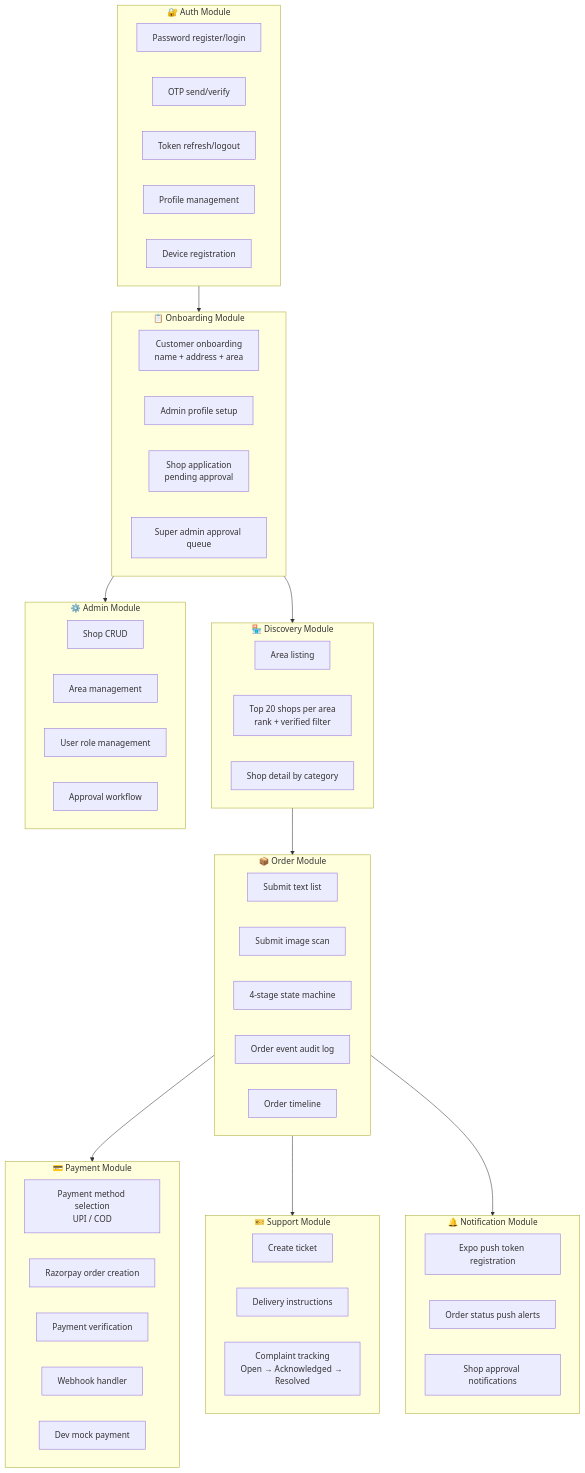
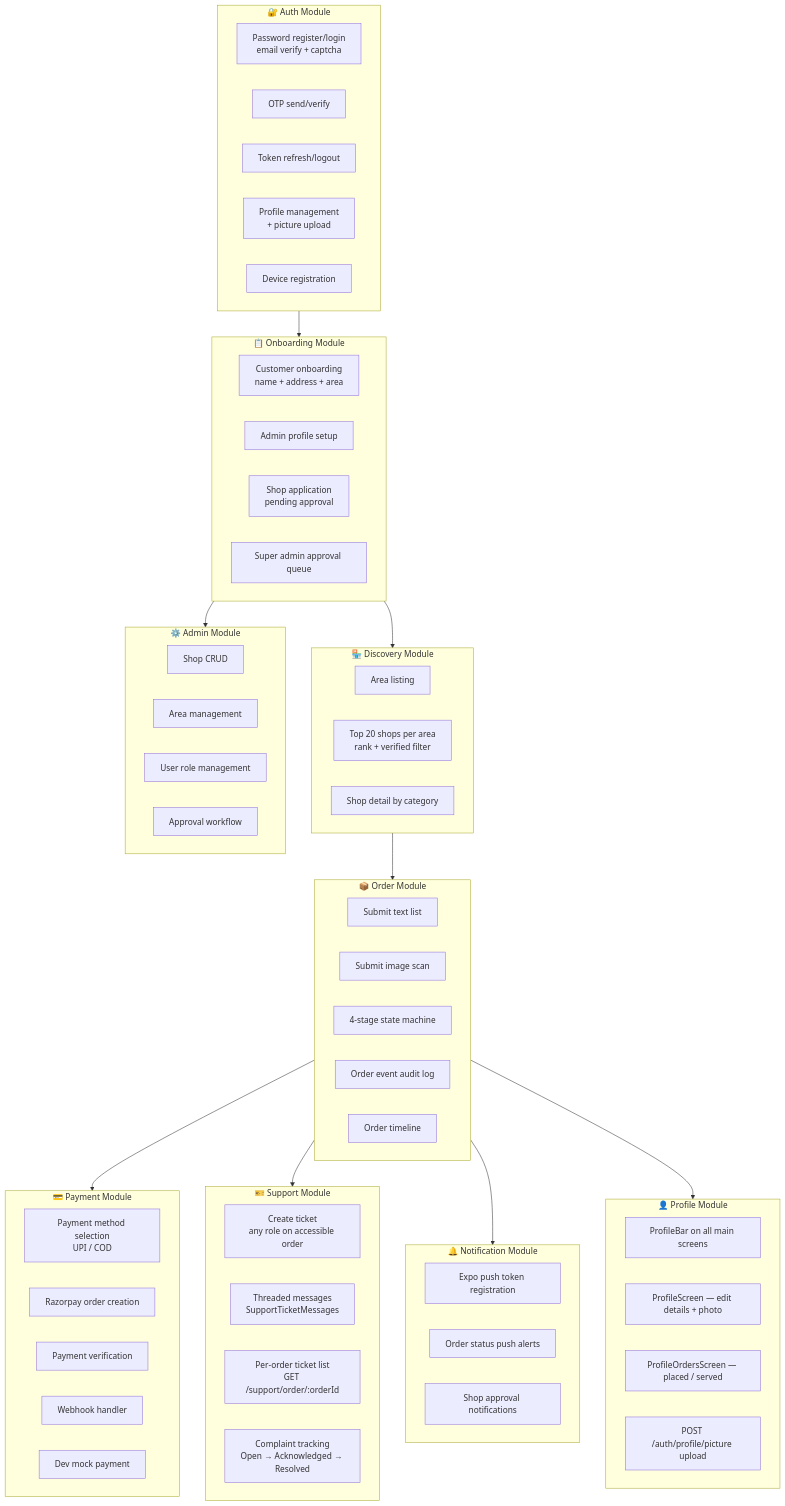
Before and after one commit to mrabinash2022/sigmaapps: the ninth of 22 diagrams in Localite/docs/architecture.md, drawn with Mermaid. The commit also changed other lines of this file and 48 other files, not shown here.

````diff
--- a/Localite/docs/architecture.md
+++ b/Localite/docs/architecture.md
@@ -363,66 +398,75 @@
 ```mermaid
 flowchart TB
     subgraph MOD_AUTH["🔐 Auth Module"]
-        A1[Password register/login]
+        A1[Password register/login\nemail verify + captcha]
         A2[OTP send/verify]
         A3[Token refresh/logout]
-        A4[Profile management]
+        A4[Profile management\n+ picture upload]
         A5[Device registration]
     end
 
     subgraph MOD_ONBOARD["📋 Onboarding Module"]
         O1[Customer onboarding\nname + address + area]
         O2[Admin profile setup]
         O3[Shop application\npending approval]
         O4[Super admin approval queue]
     end
 
     subgraph MOD_DISCOVERY["🏪 Discovery Module"]
         D1[Area listing]
         D2[Top 20 shops per area\nrank + verified filter]
         D3[Shop detail by category]
     end
 
     subgraph MOD_ORDER["📦 Order Module"]
         OR1[Submit text list]
         OR2[Submit image scan]
         OR3[4-stage state machine]
         OR4[Order event audit log]
         OR5[Order timeline]
     end
 
     subgraph MOD_PAY["💳 Payment Module"]
         P1[Payment method selection\nUPI / COD]
         P2[Razorpay order creation]
         P3[Payment verification]
         P4[Webhook handler]
         P5[Dev mock payment]
     end
 
     subgraph MOD_SUPPORT["🎫 Support Module"]
-        S1[Create ticket]
-        S2[Delivery instructions]
-        S3[Complaint tracking\nOpen → Acknowledged → Resolved]
+        S1[Create ticket\nany role on accessible order]
+        S2[Threaded messages\nSupportTicketMessages]
+        S3[Per-order ticket list\nGET /support/order/:orderId]
+        S4[Complaint tracking\nOpen → Acknowledged → Resolved]
+    end
+
+    subgraph MOD_PROFILE["👤 Profile Module"]
+        PR1[ProfileBar on all main screens]
+        PR2[ProfileScreen — edit details + photo]
+        PR3[ProfileOrdersScreen — placed / served]
+        PR4[POST /auth/profile/picture upload]
     end
 
     subgraph MOD_NOTIFY["🔔 Notification Module"]
         N1[Expo push token registration]
         N2[Order status push alerts]
         N3[Shop approval notifications]
     end
 
     subgraph MOD_ADMIN["⚙️ Admin Module"]
         AD1[Shop CRUD]
         AD2[Area management]
         AD3[User role management]
         AD4[Approval workflow]
     end
 
     MOD_AUTH --> MOD_ONBOARD
     MOD_ONBOARD --> MOD_DISCOVERY
     MOD_DISCOVERY --> MOD_ORDER
     MOD_ORDER --> MOD_PAY
     MOD_ORDER --> MOD_SUPPORT
     MOD_ORDER --> MOD_NOTIFY
+    MOD_ORDER --> MOD_PROFILE
     MOD_ONBOARD --> MOD_ADMIN
 ```
````
